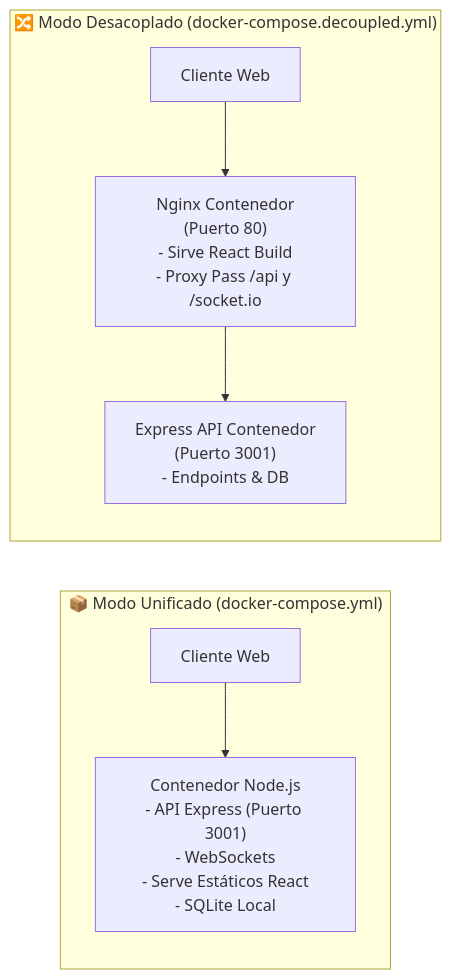
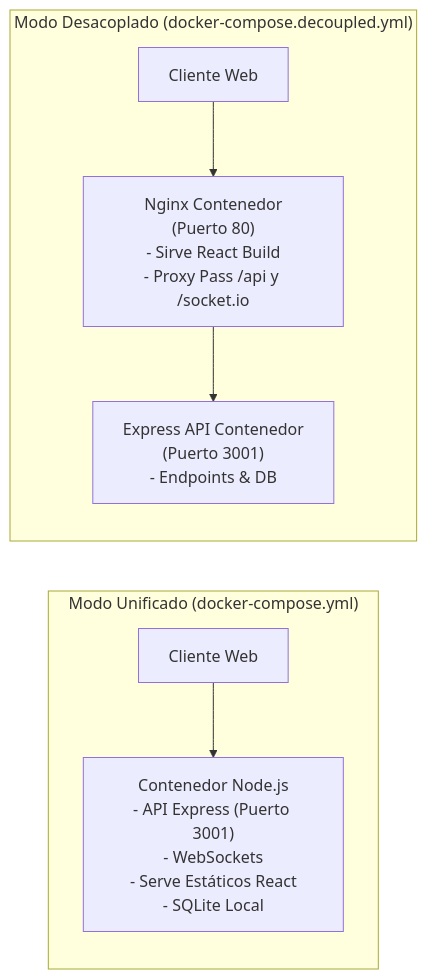
The diagram in docs/04_DevOps-Despliegue/Guia-Docker-Compose.md (SebzSGC/Control-Gastos), drawn with Mermaid before and after one commit. The commit also changed other lines of this file and 16 other files, not shown here.

````diff
--- a/docs/04_DevOps-Despliegue/Guia-Docker-Compose.md
+++ b/docs/04_DevOps-Despliegue/Guia-Docker-Compose.md
@@ -21,13 +21,13 @@
 ```mermaid
 flowchart LR
-    subgraph ModoUnificado["📦 Modo Unificado (docker-compose.yml)"]
+    subgraph ModoUnificado["Modo Unificado (docker-compose.yml)"]
         direction TB
         ClientU["Cliente Web"] --> NodeU["Contenedor Node.js\n- API Express (Puerto 3001)\n- WebSockets\n- Serve Estáticos React\n- SQLite Local"]
     end
 
-    subgraph ModoDesacoplado["🔀 Modo Desacoplado (docker-compose.decoupled.yml)"]
+    subgraph ModoDesacoplado["Modo Desacoplado (docker-compose.decoupled.yml)"]
         direction TB
         ClientD["Cliente Web"] --> NginxD["Nginx Contenedor\n(Puerto 80)\n- Sirve React Build\n- Proxy Pass /api y /socket.io"]
         NginxD --> NodeD["Express API Contenedor\n(Puerto 3001)\n- Endpoints & DB"]
     end
 ```
````
